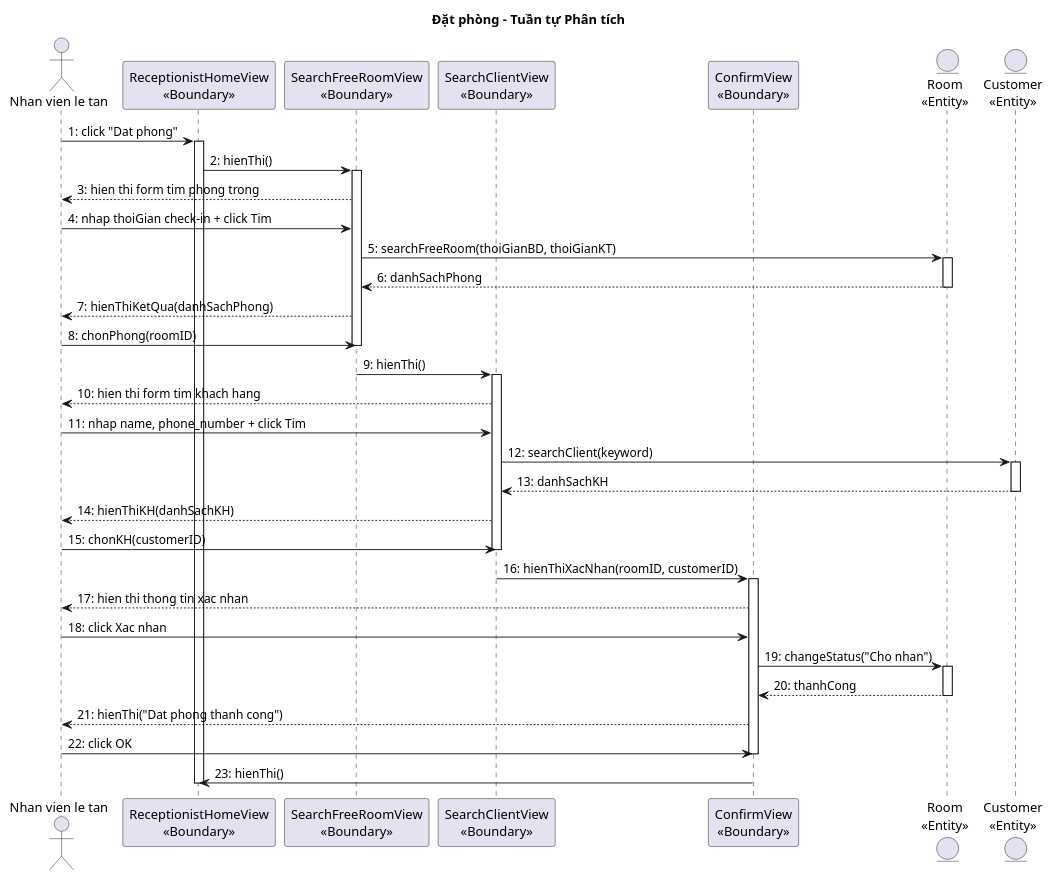
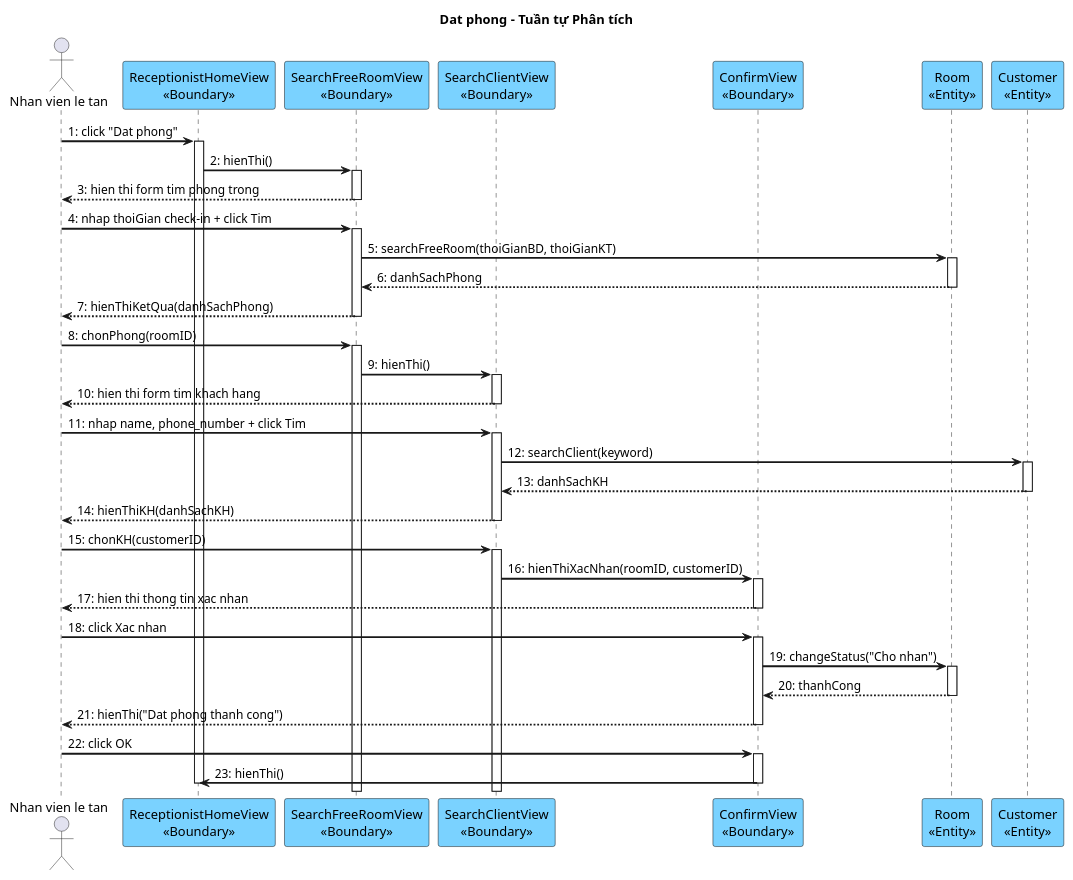
One commit to thanhtrnnn/cnpm changed the fifth of 8 diagrams in docs/tabs/section-booking-ii.3-2.4.md. Above: the diagram before and after it, drawn with PlantUML. The commit also changed other lines of this file and 10 other files, not shown here.

First line of the commit message:
fix: update all 8 sequence diagrams with cnpm skill style

````diff
--- a/docs/tabs/section-booking-ii.3-2.4.md
+++ b/docs/tabs/section-booking-ii.3-2.4.md
@@ -323,51 +323,77 @@
 ```plantuml
 @startuml
-title Đặt phòng – Tuần tự Phân tích
+skinparam shadowing false
+skinparam SequenceMessageAlign left
+skinparam SequenceArrowThickness 2
+skinparam ParticipantBackgroundColor #7AD2FF
+skinparam ParticipantBorderColor black
+skinparam BoundaryBackgroundColor #7AD2FF
+skinparam BoundaryBorderColor black
+skinparam EntityBackgroundColor #7AD2FF
+skinparam EntityBorderColor black
+
+title Dat phong – Tuần tự Phân tích
 
 actor "Nhan vien le tan" as NV
 participant "ReceptionistHomeView\n<<Boundary>>" as Home
-participant "SearchFreeRoomView\n<<Boundary>>" as SearchRoom
-participant "SearchClientView\n<<Boundary>>" as SearchClient
-participant "ConfirmView\n<<Boundary>>" as Confirm
-entity "Room\n<<Entity>>" as Room
-entity "Customer\n<<Entity>>" as Cust
+participant "SearchFreeRoomView\n<<Boundary>>" as SRF
+participant "SearchClientView\n<<Boundary>>" as SCF
+participant "ConfirmView\n<<Boundary>>" as CV
+participant "Room\n<<Entity>>" as Room
+participant "Customer\n<<Entity>>" as Cust
 
 NV -> Home : 1: click "Dat phong"
 activate Home
-Home -> SearchRoom : 2: hienThi()
-activate SearchRoom
-SearchRoom --> NV : 3: hien thi form tim phong trong
-NV -> SearchRoom : 4: nhap thoiGian check-in + click Tim
-SearchRoom -> Room : 5: searchFreeRoom(thoiGianBD, thoiGianKT)
+Home -> SRF : 2: hienThi()
+activate SRF
+SRF --> NV : 3: hien thi form tim phong trong
+deactivate SRF
+
+NV -> SRF : 4: nhap thoiGian check-in + click Tim
+activate SRF
+SRF -> Room : 5: searchFreeRoom(thoiGianBD, thoiGianKT)
 activate Room
-Room --> SearchRoom : 6: danhSachPhong
+Room --> SRF : 6: danhSachPhong
 deactivate Room
-SearchRoom --> NV : 7: hienThiKetQua(danhSachPhong)
-NV -> SearchRoom : 8: chonPhong(roomID)
-deactivate SearchRoom
-SearchRoom -> SearchClient : 9: hienThi()
-activate SearchClient
-SearchClient --> NV : 10: hien thi form tim khach hang
-NV -> SearchClient : 11: nhap name, phone_number + click Tim
-SearchClient -> Cust : 12: searchClient(keyword)
+SRF --> NV : 7: hienThiKetQua(danhSachPhong)
+deactivate SRF
+
+NV -> SRF : 8: chonPhong(roomID)
+activate SRF
+SRF -> SCF : 9: hienThi()
+activate SCF
+SCF --> NV : 10: hien thi form tim khach hang
+deactivate SCF
+
+NV -> SCF : 11: nhap name, phone_number + click Tim
+activate SCF
+SCF -> Cust : 12: searchClient(keyword)
 activate Cust
-Cust --> SearchClient : 13: danhSachKH
+Cust --> SCF : 13: danhSachKH
 deactivate Cust
-SearchClient --> NV : 14: hienThiKH(danhSachKH)
-NV -> SearchClient : 15: chonKH(customerID)
-deactivate SearchClient
-SearchClient -> Confirm : 16: hienThiXacNhan(roomID, customerID)
-activate Confirm
-Confirm --> NV : 17: hien thi thong tin xac nhan
-NV -> Confirm : 18: click Xac nhan
-Confirm -> Room : 19: changeStatus("Cho nhan")
+SCF --> NV : 14: hienThiKH(danhSachKH)
+deactivate SCF
+
+NV -> SCF : 15: chonKH(customerID)
+activate SCF
+SCF -> CV : 16: hienThiXacNhan(roomID, customerID)
+activate CV
+CV --> NV : 17: hien thi thong tin xac nhan
+deactivate CV
+
+NV -> CV : 18: click Xac nhan
+activate CV
+CV -> Room : 19: changeStatus("Cho nhan")
 activate Room
-Room --> Confirm : 20: thanhCong
+Room --> CV : 20: thanhCong
 deactivate Room
-Confirm --> NV : 21: hienThi("Dat phong thanh cong")
-NV -> Confirm : 22: click OK
-deactivate Confirm
-Confirm -> Home : 23: hienThi()
+CV --> NV : 21: hienThi("Dat phong thanh cong")
+deactivate CV
+
+NV -> CV : 22: click OK
+activate CV
+CV -> Home : 23: hienThi()
+deactivate CV
 deactivate Home
 @enduml
 ```
````
